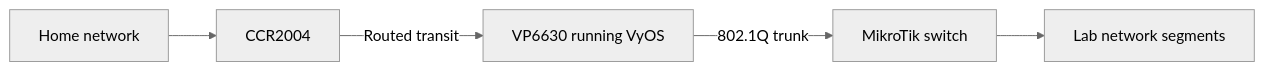
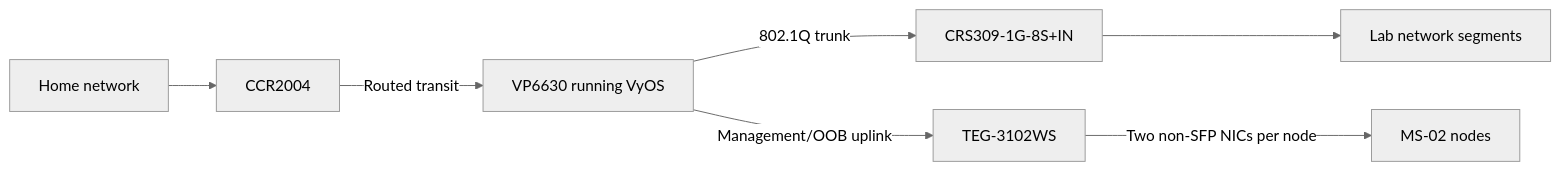
One commit to GilmanLab/networking changed the diagram in docs/docs/designs/drafts/lab-v2-core-network.md. Above: the diagram before and after it, drawn with Mermaid (neutral theme). The commit also changed other lines of this file and 5 other files, not shown here.

````diff
--- a/docs/docs/designs/drafts/lab-v2-core-network.md
+++ b/docs/docs/designs/drafts/lab-v2-core-network.md
@@ -50,7 +52,9 @@
 ```mermaid
 flowchart LR
     HOME[Home network] --> CCR[CCR2004]
     CCR -->|Routed transit| VYOS[VP6630 running VyOS]
-    VYOS -->|802.1Q trunk| SWITCH[MikroTik switch]
-    SWITCH --> SEGMENTS[Lab network segments]
+    VYOS -->|802.1Q trunk| CRS[CRS309-1G-8S+IN]
+    CRS --> SEGMENTS[Lab network segments]
+    VYOS -->|Management/OOB uplink| TEG[TEG-3102WS]
+    TEG -->|Two non-SFP NICs per node| MS02[MS-02 nodes]
 ```
````
